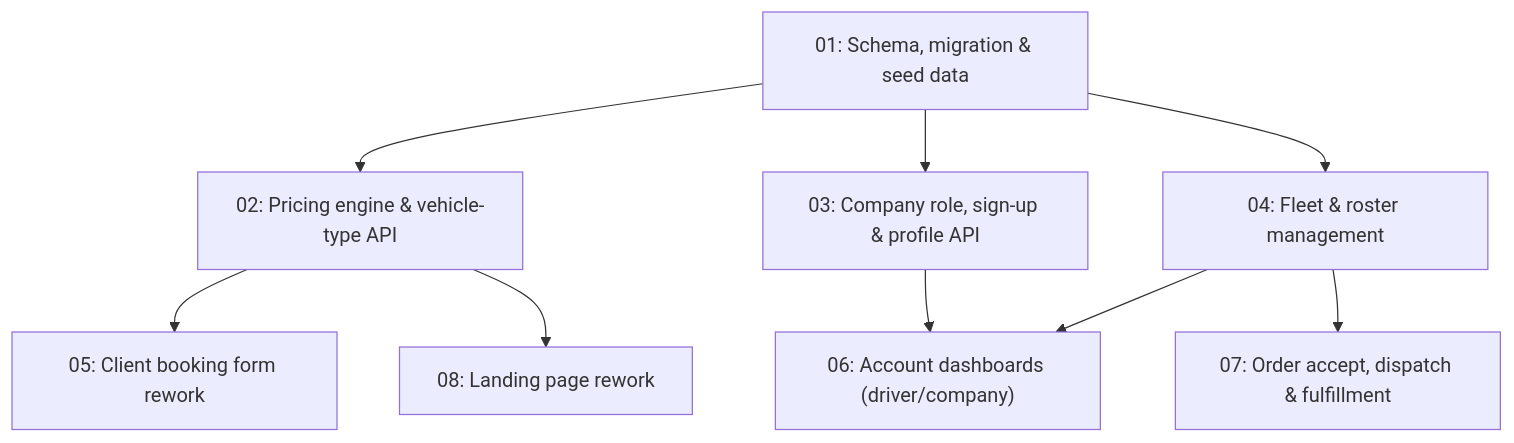
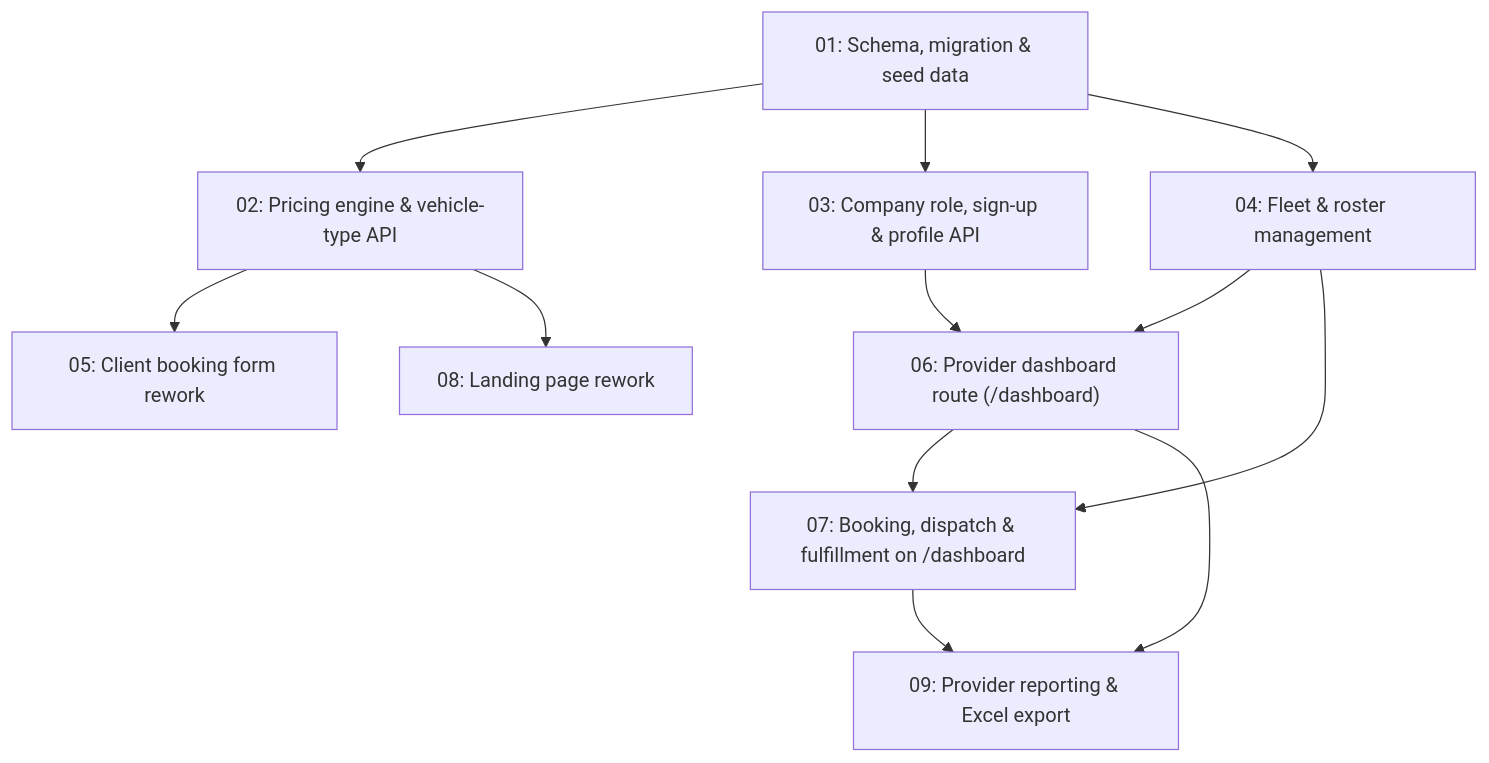
The diagram in specs/freight-platform-pivot/README.md (sandrosss13/lalamove-app), drawn with Mermaid before and after one commit. The commit also changed other lines of this file and 25 other files, not shown here.

````diff
--- a/specs/freight-platform-pivot/README.md
+++ b/specs/freight-platform-pivot/README.md
@@ -18,21 +18,25 @@
 ```mermaid
 graph TD
     task-01-schema-and-seed["01: Schema, migration & seed data"]
     task-02-pricing-engine["02: Pricing engine & vehicle-type API"]
     task-03-company-account["03: Company role, sign-up & profile API"]
     task-04-fleet-vehicle-management["04: Fleet & roster management"]
     task-05-client-booking["05: Client booking form rework"]
-    task-06-account-dashboards["06: Account dashboards (driver/company)"]
-    task-07-dispatch-and-fulfillment["07: Order accept, dispatch & fulfillment"]
+    task-06-account-dashboards["06: Provider dashboard route (/dashboard)"]
+    task-07-dispatch-and-fulfillment["07: Booking, dispatch & fulfillment on /dashboard"]
     task-08-landing-page-rework["08: Landing page rework"]
+    task-09-provider-reporting["09: Provider reporting & Excel export"]
 
     task-01-schema-and-seed --> task-02-pricing-engine
     task-01-schema-and-seed --> task-03-company-account
     task-01-schema-and-seed --> task-04-fleet-vehicle-management
 
     task-02-pricing-engine --> task-05-client-booking
     task-02-pricing-engine --> task-08-landing-page-rework
     task-03-company-account --> task-06-account-dashboards
     task-04-fleet-vehicle-management --> task-06-account-dashboards
     task-04-fleet-vehicle-management --> task-07-dispatch-and-fulfillment
+    task-06-account-dashboards --> task-07-dispatch-and-fulfillment
+    task-06-account-dashboards --> task-09-provider-reporting
+    task-07-dispatch-and-fulfillment --> task-09-provider-reporting
 ```
````
